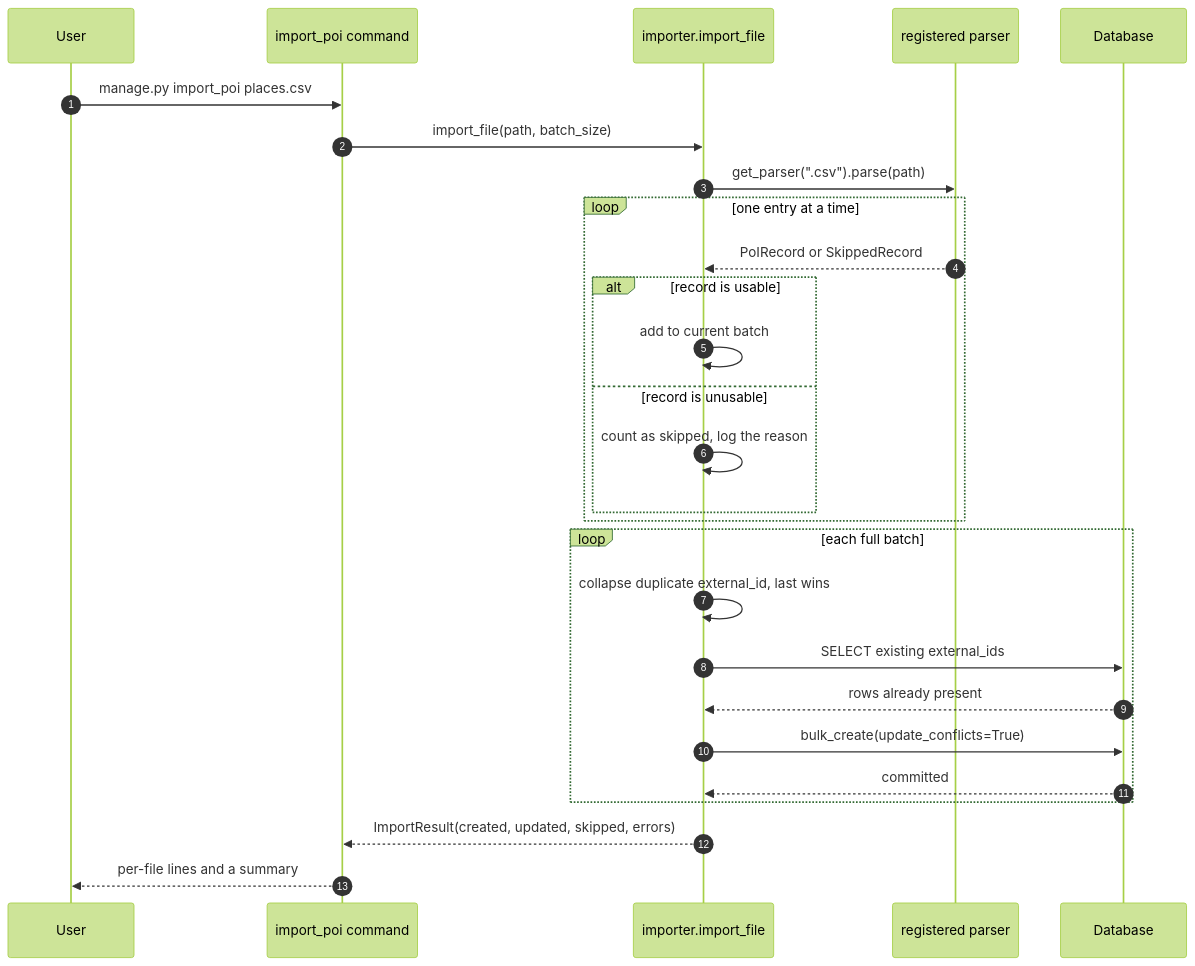
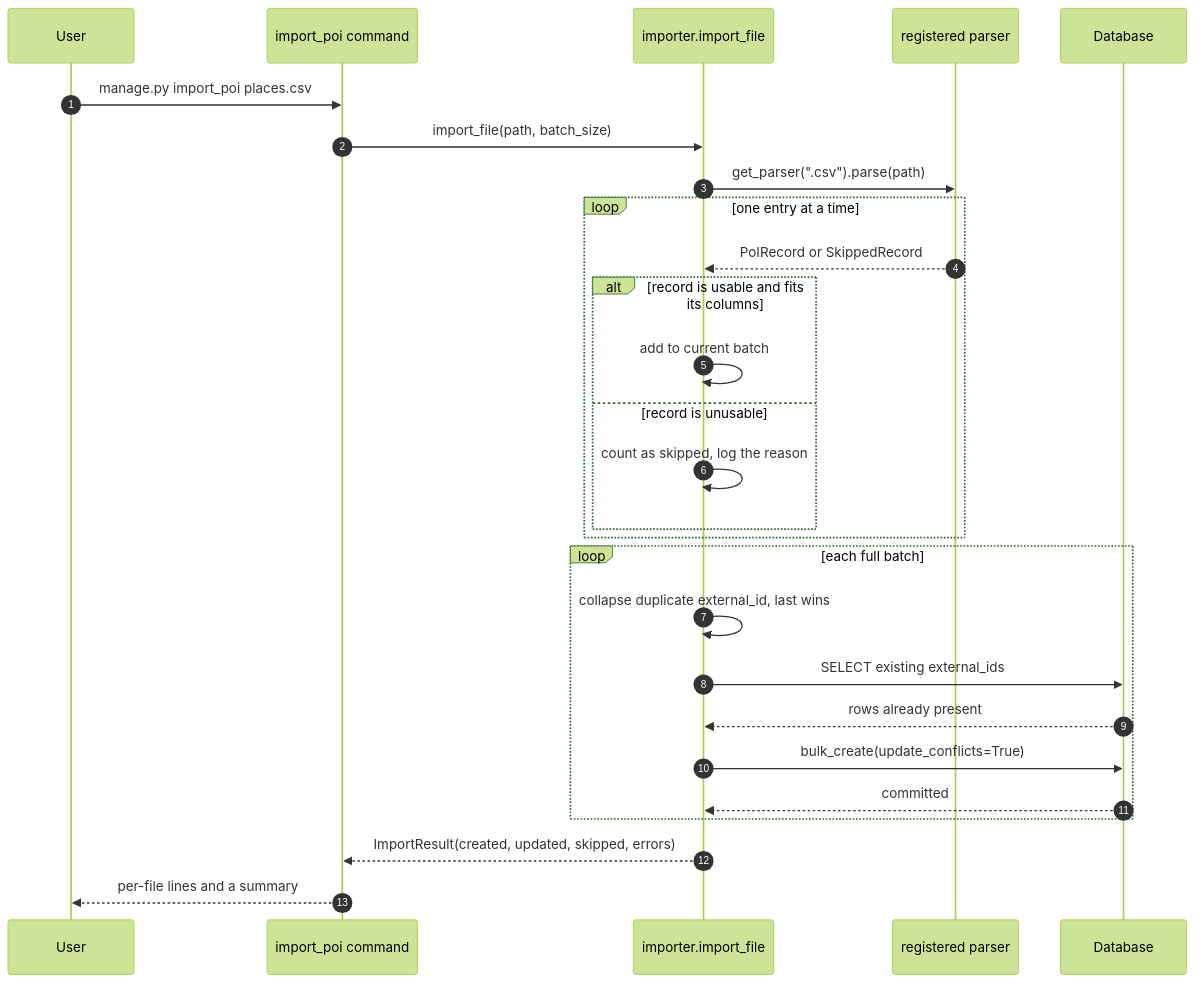
One commit to dev-mnadeem/poi-bulk-ingestion-service changed the diagram in README.md. Above: the diagram before and after it, drawn with Mermaid (forest theme). The commit also changed other lines of this file and 8 other files, not shown here.

````diff
--- a/README.md
+++ b/README.md
@@ -61,33 +125,33 @@
 ```mermaid
 sequenceDiagram
     autonumber
     participant User
     participant Cmd as import_poi command
     participant Imp as importer.import_file
     participant Prs as registered parser
     participant DB as Database
 
     User->>Cmd: manage.py import_poi places.csv
     Cmd->>Imp: import_file(path, batch_size)
     Imp->>Prs: get_parser(".csv").parse(path)
 
     loop one entry at a time
         Prs-->>Imp: PoIRecord or SkippedRecord
-        alt record is usable
+        alt record is usable and fits its columns
             Imp->>Imp: add to current batch
         else record is unusable
             Imp->>Imp: count as skipped, log the reason
         end
     end
 
     loop each full batch
         Imp->>Imp: collapse duplicate external_id, last wins
         Imp->>DB: SELECT existing external_ids
         DB-->>Imp: rows already present
         Imp->>DB: bulk_create(update_conflicts=True)
         DB-->>Imp: committed
     end
 
     Imp-->>Cmd: ImportResult(created, updated, skipped, errors)
     Cmd-->>User: per-file lines and a summary
 ```
````
